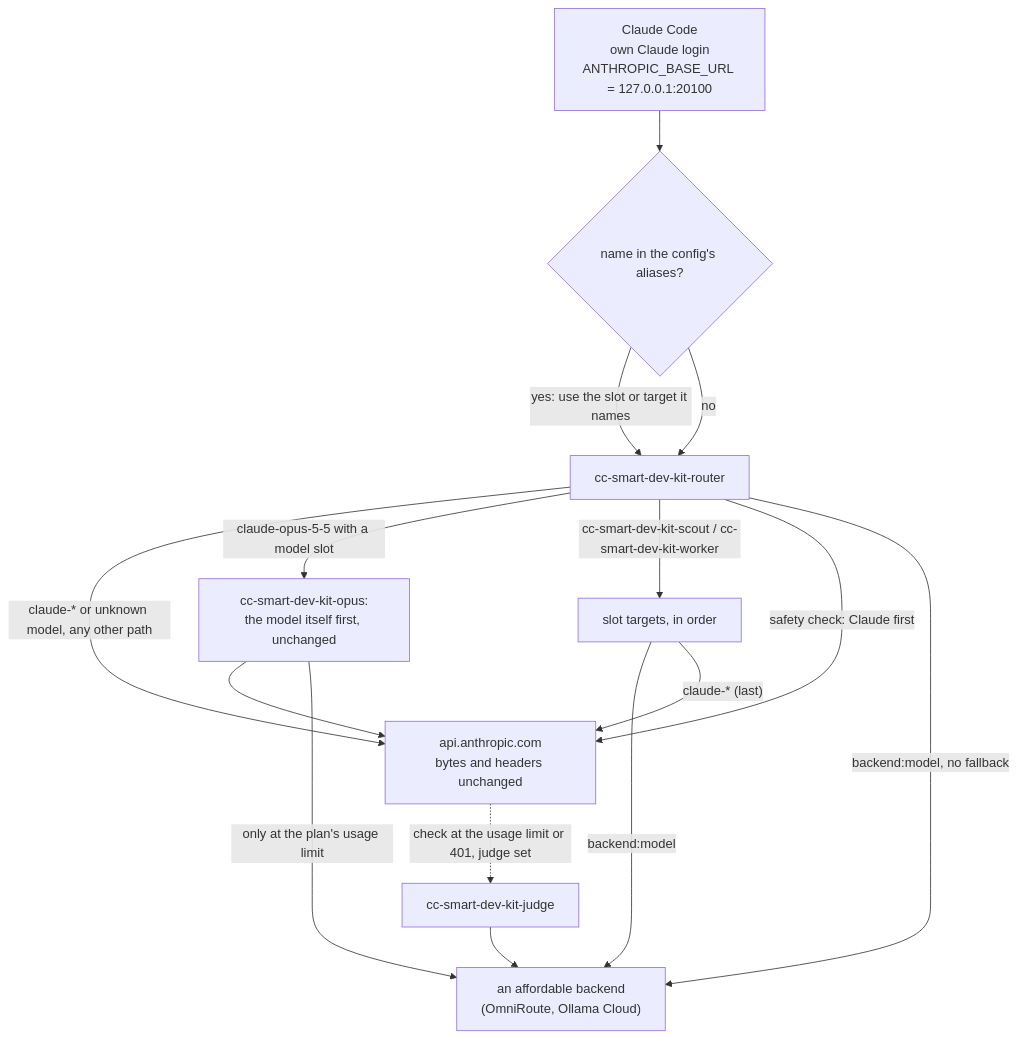
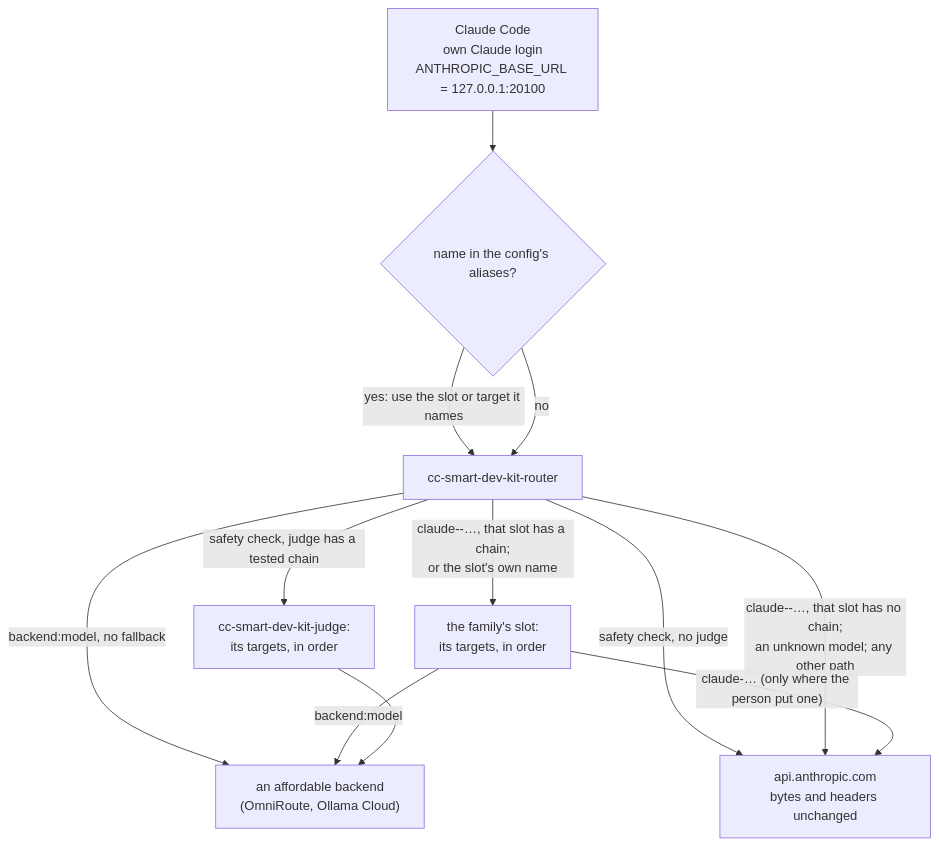
Before and after one commit to sellanybiz/cc-smart-dev-kit: the diagram in docs/gateway.md, drawn with Mermaid. The commit also changed other lines of this file and 79 other files, not shown here.

````diff
--- a/docs/gateway.md
+++ b/docs/gateway.md
@@ -39,17 +45,14 @@
 ```mermaid
 flowchart TD
     CC["Claude Code<br/>own Claude login<br/>ANTHROPIC_BASE_URL = 127.0.0.1:20100"] --> AL{"name in the config's aliases?"}
     AL -->|"yes: use the slot or target it names"| R
     AL -->|"no"| R["cc-smart-dev-kit-router"]
-    R -->|"claude-* or unknown model, any other path"| A["api.anthropic.com<br/>bytes and headers unchanged"]
-    R -->|"claude-opus-5-5 with a model slot"| M["cc-smart-dev-kit-opus:<br/>the model itself first, unchanged"]
-    M --> A
-    M -->|"only at the plan's usage limit"| O
-    R -->|"cc-smart-dev-kit-scout / cc-smart-dev-kit-worker"| S["slot targets, in order"]
-    R -->|"safety check: Claude first"| A
-    A -.->|"check at the usage limit or 401, judge set"| J["cc-smart-dev-kit-judge"]
+    R -->|"safety check, judge has a tested chain"| J["cc-smart-dev-kit-judge:<br/>its targets, in order"]
+    R -->|"safety check, no judge"| A
+    R -->|"claude-<family>-…, that slot has no chain;<br/>an unknown model; any other path"| A["api.anthropic.com<br/>bytes and headers unchanged"]
+    R -->|"claude-<family>-…, that slot has a chain;<br/>or the slot's own name"| S["the family's slot:<br/>its targets, in order"]
     R -->|"backend:model, no fallback"| O
     S -->|"backend:model"| O["an affordable backend<br/>(OmniRoute, Ollama Cloud)"]
-    S -->|"claude-* (last)"| A
+    S -->|"claude-… (only where the person put one)"| A
     J --> O
 ```
````
